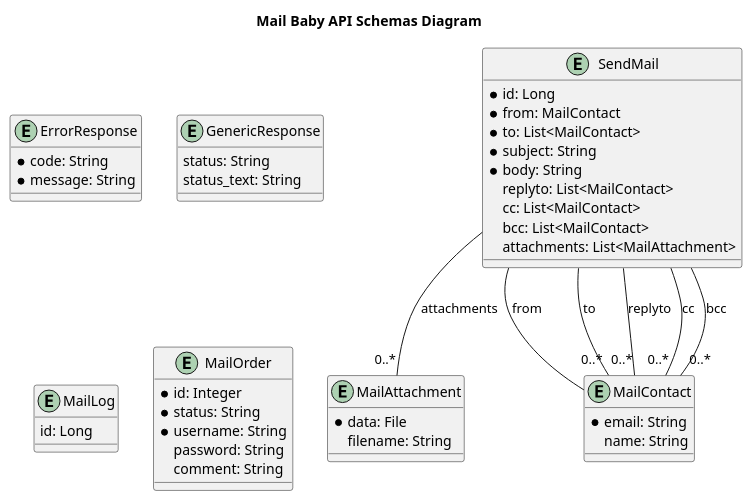
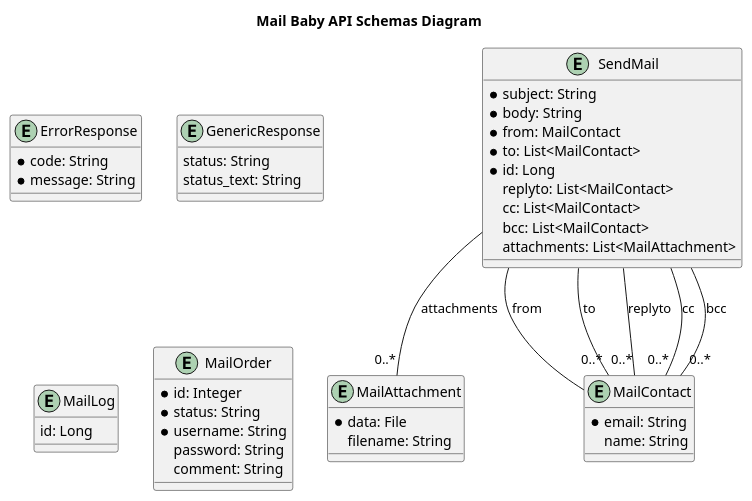
Before and after one commit to interserver/mailbaby-api-samples: the diagram in openapi-documentation/plantuml/schemas.plantuml, drawn with PlantUML. The commit also changed other lines of this file and 619 other files, not shown here.

```diff
--- a/openapi-documentation/plantuml/schemas.plantuml
+++ b/openapi-documentation/plantuml/schemas.plantuml
@@ -1,57 +1,57 @@
 @startuml
 
 title Mail Baby API Schemas Diagram
 
 entity ErrorResponse { 
     * code: String
     * message: String
 }
 
 entity GenericResponse { 
     status: String
     status_text: String
 }
 
 entity MailAttachment { 
     * data: File
     filename: String
 }
 
 entity MailContact { 
     * email: String
     name: String
 }
 
 entity MailLog { 
     id: Long
 }
 
 entity MailOrder { 
     * id: Integer
     * status: String
     * username: String
     password: String
     comment: String
 }
 
 entity SendMail { 
-    * id: Long
+    * subject: String
+    * body: String
     * from: MailContact
     * to: List<MailContact>
-    * subject: String
-    * body: String
+    * id: Long
     replyto: List<MailContact>
     cc: List<MailContact>
     bcc: List<MailContact>
     attachments: List<MailAttachment>
 }
 
 
 SendMail -- MailContact : from
 SendMail -- "0..*" MailContact : to
 SendMail -- "0..*" MailContact : replyto
 SendMail -- "0..*" MailContact : cc
 SendMail -- "0..*" MailContact : bcc
 SendMail -- "0..*" MailAttachment : attachments
 
 @enduml
```
